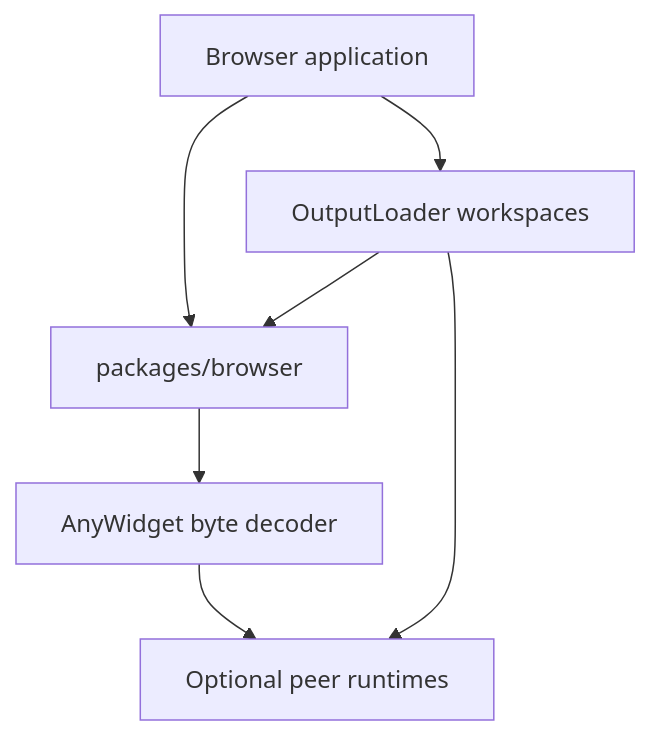
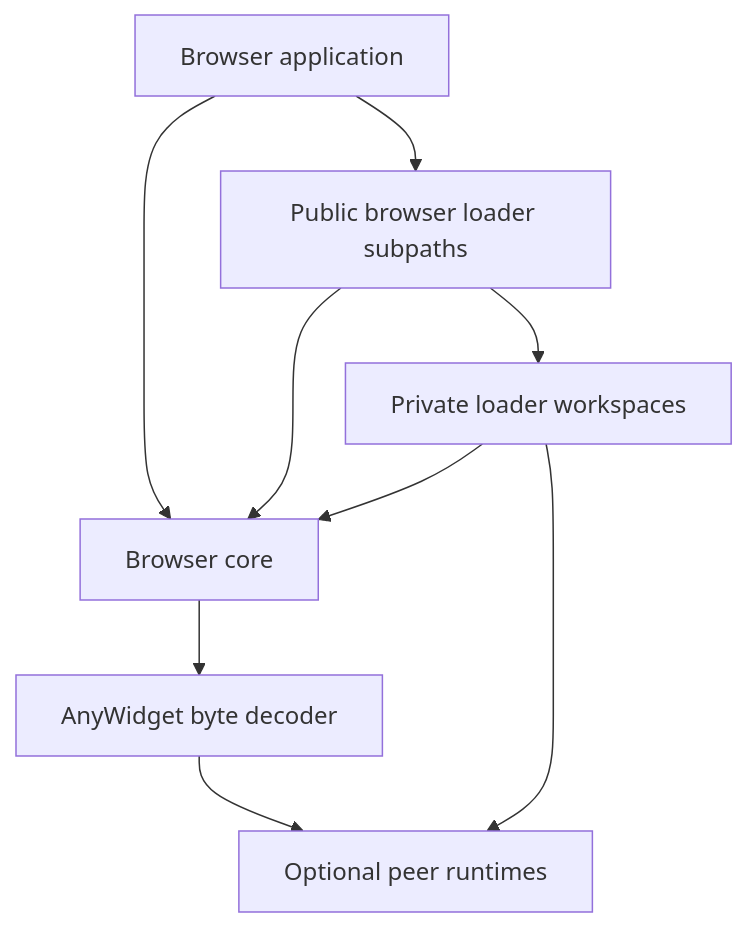
Before and after one commit to marimo-team/marimo-export: the first of 2 diagrams in development_docs/architecture/browser-loaders-and-mounts.md, drawn with Mermaid. The commit also changed other lines of this file and 103 other files, not shown here.

````diff
--- a/development_docs/architecture/browser-loaders-and-mounts.md
+++ b/development_docs/architecture/browser-loaders-and-mounts.md
@@ -9,15 +9,18 @@
 ```mermaid
 flowchart TB
     app[Browser application]
-    core[packages/browser]
-    loaders[OutputLoader workspaces]
+    publicLoaders[Public browser loader subpaths]
+    core[Browser core]
+    loaders[Private loader workspaces]
     anywidget[AnyWidget byte decoder]
     runtimes[Optional peer runtimes]
 
     app --> core
-    app --> loaders
+    app --> publicLoaders
+    publicLoaders --> core
+    publicLoaders --> loaders
     loaders --> core
     core --> anywidget
     loaders --> runtimes
     anywidget --> runtimes
 ```
````
